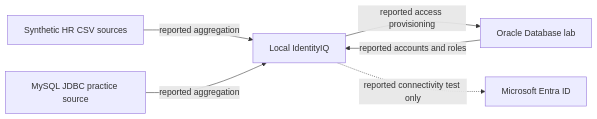
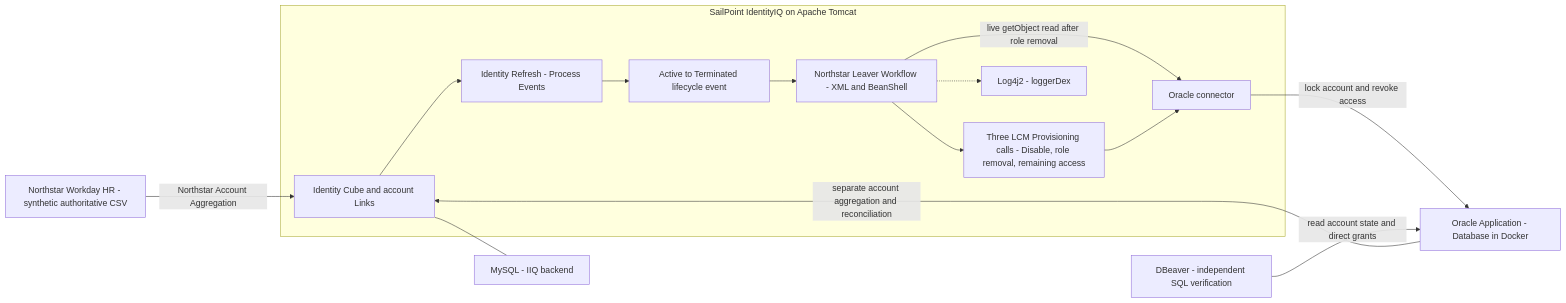
Before and after one commit to dipteshhh/enterprise-iam-lifecycle-lab: the diagram in README.md, drawn with Mermaid. The commit also changed other lines of this file and 37 other files, not shown here.

Commit message:
docs: document Northstar Health automated leaver lifecycle

````diff
--- a/README.md
+++ b/README.md
@@ -32,8 +60,17 @@
 ```mermaid
 flowchart LR
-    HR["Synthetic HR CSV sources"] -->|"reported aggregation"| IIQ["Local IdentityIQ"]
-    MYSQL["MySQL JDBC practice source"] -->|"reported aggregation"| IIQ
-    IIQ -->|"reported access provisioning"| ORACLE["Oracle Database lab"]
-    ORACLE -->|"reported accounts and roles"| IIQ
-    IIQ -.->|"reported connectivity test only"| ENTRA["Microsoft Entra ID"]
+    HR["Northstar Workday HR - synthetic authoritative CSV"] -->|"Northstar Account Aggregation"| CUBE
+    subgraph IIQ["SailPoint IdentityIQ on Apache Tomcat"]
+        CUBE["Identity Cube and account Links"] --> REFRESH["Identity Refresh - Process Events"]
+        REFRESH --> EVENT["Active to Terminated lifecycle event"]
+        EVENT --> WF["Northstar Leaver Workflow - XML and BeanShell"]
+        WF --> LCM["Three LCM Provisioning calls - Disable, role removal, remaining access"]
+        WF -->|"live getObject read after role removal"| CON["Oracle connector"]
+        LCM --> CON
+        WF -.-> LOG["Log4j2 - loggerDex"]
+    end
+    CUBE --- MYSQL["MySQL - IIQ backend"]
+    CON -->|"lock account and revoke access"| ORACLE["Oracle Application - Database in Docker"]
+    ORACLE -->|"separate account aggregation and reconciliation"| CUBE
+    VERIFY["DBeaver - independent SQL verification"] -->|"read account state and direct grants"| ORACLE
 ```
````
